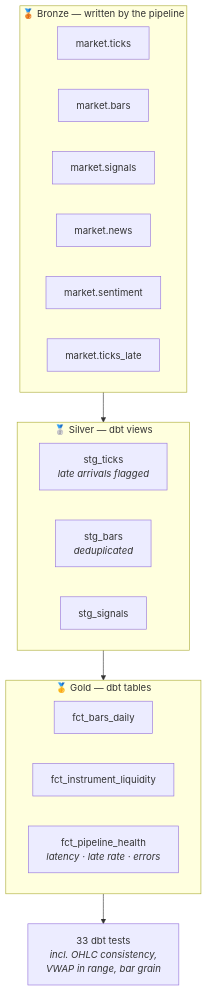
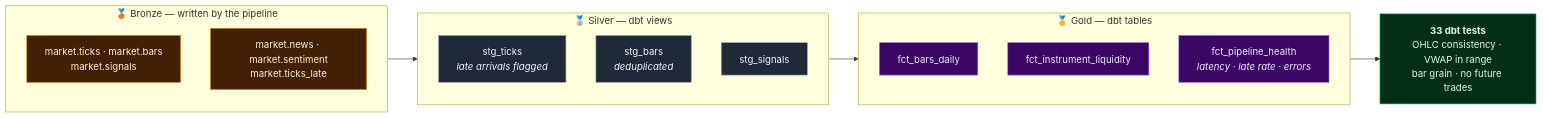
One commit to ElfatihZiad/realtime-market-data-pipeline changed the fourth of 4 diagrams in README.md. Above: the diagram before and after it, drawn with Mermaid. The commit also changed other lines of this file, not shown here.

First line of the commit message:
Fix the Mermaid diagrams: semicolon broke the sequence diagram

````diff
--- a/README.md
+++ b/README.md
@@ -140,23 +152,32 @@
 ```mermaid
-flowchart TD
+flowchart LR
   subgraph B["🥉 Bronze — written by the pipeline"]
-    b1["market.ticks"]
-    b2["market.bars"]
-    b3["market.signals"]
-    b4["market.news"]
-    b5["market.sentiment"]
-    b6["market.ticks_late"]
+    direction TB
+    b1["market.ticks · market.bars<br/>market.signals"]
+    b2["market.news · market.sentiment<br/>market.ticks_late"]
   end
   subgraph S["🥈 Silver — dbt views"]
+    direction TB
     s1["stg_ticks<br/><i>late arrivals flagged</i>"]
     s2["stg_bars<br/><i>deduplicated</i>"]
     s3["stg_signals"]
   end
   subgraph G["🥇 Gold — dbt tables"]
+    direction TB
     g1["fct_bars_daily"]
     g2["fct_instrument_liquidity"]
     g3["fct_pipeline_health<br/><i>latency · late rate · errors</i>"]
   end
-  B --> S --> G
-  G --> Q["33 dbt tests<br/><i>incl. OHLC consistency,<br/>VWAP in range, bar grain</i>"]
+  Q["<b>33 dbt tests</b><br/>OHLC consistency · VWAP in range<br/>bar grain · no future trades"]
+
+  B --> S --> G --> Q
+
+  classDef bronze fill:#422006,stroke:#d97706,color:#fef3c7
+  classDef silver fill:#1f2937,stroke:#9ca3af,color:#f3f4f6
+  classDef gold fill:#3b0764,stroke:#a855f7,color:#f3e8ff
+  classDef test fill:#052e16,stroke:#16a34a,color:#dcfce7
+  class b1,b2 bronze
+  class s1,s2,s3 silver
+  class g1,g2,g3 gold
+  class Q test
 ```
````
